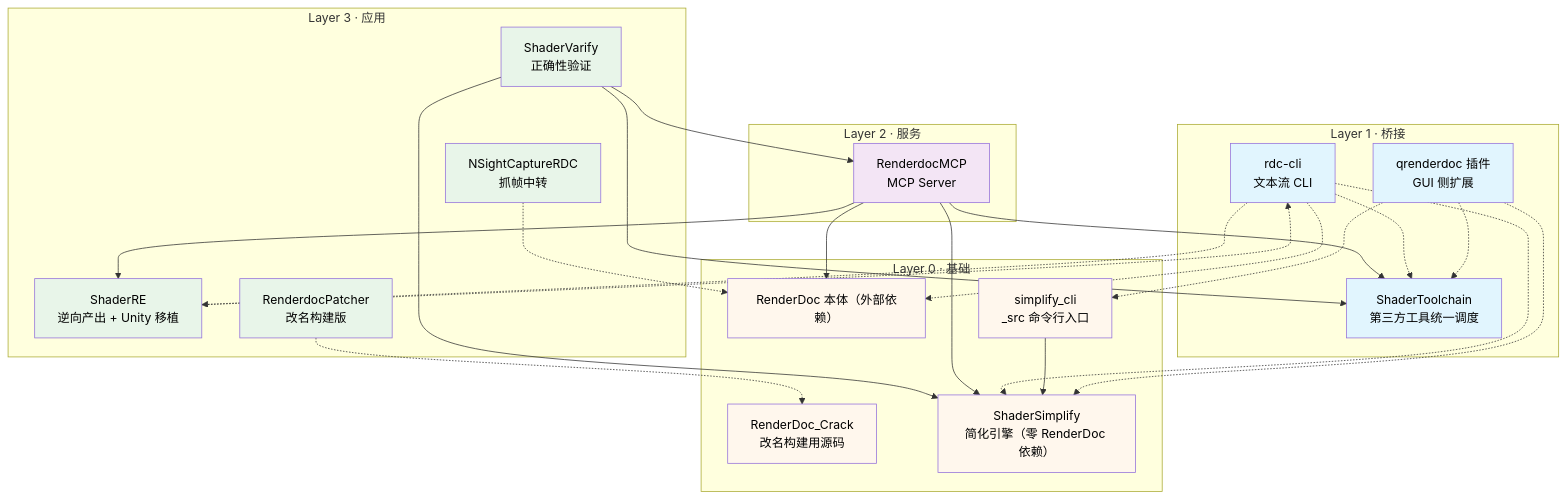
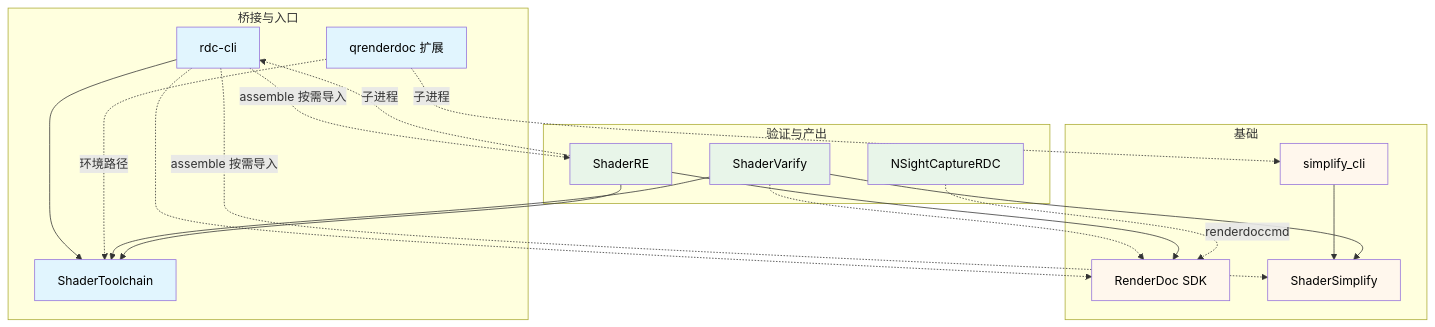
Before and after one commit to mr0ptimist/mr0ptimist.github.io: the first of 2 diagrams in content/posts/RenderDoc逆向分析工具链盘点/index.md, drawn with Mermaid. The commit also changed other lines of this file and 2 other files, not shown here.

Commit message:
docs: 按当前源码更新 RenderDoc 逆向分析工具链盘点

````diff
--- a/content/posts/RenderDoc逆向分析工具链盘点/index.md
+++ b/content/posts/RenderDoc逆向分析工具链盘点/index.md
@@ -21,46 +37,37 @@
 ```mermaid
-graph TD
+flowchart TD
     classDef foundation fill:#fff7ed,color:#000
     classDef bridge fill:#e1f5fe,color:#000
-    classDef service fill:#f3e5f5,color:#000
     classDef app fill:#e8f5e9,color:#000
 
-    subgraph F["Layer 0 · 基础"]
-      rd["RenderDoc 本体（外部依赖）"]
-      rdcrack["RenderDoc_Crack<br/>改名构建用源码"]
-      ss["ShaderSimplify<br/>简化引擎（零 RenderDoc 依赖）"]
-      s_cli["simplify_cli<br/>_src 命令行入口"]
+    subgraph F["基础"]
+      RD["RenderDoc SDK"]:::foundation
+      SS["ShaderSimplify"]:::foundation
+      SC["simplify_cli"]:::foundation
     end
-    subgraph B["Layer 1 · 桥接"]
-      ext["qrenderdoc 插件<br/>GUI 侧扩展"]
-      tc["ShaderToolchain<br/>第三方工具统一调度"]
-      cli["rdc-cli<br/>文本流 CLI"]
+    subgraph B["桥接与入口"]
+      TC["ShaderToolchain"]:::bridge
+      CLI["rdc-cli"]:::bridge
+      EXT["qrenderdoc 扩展"]:::bridge
     end
-    subgraph S["Layer 2 · 服务"]
-      mcp["RenderdocMCP<br/>MCP Server"]
+    subgraph A["验证与产出"]
+      SV["ShaderVarify"]:::app
+      RE["ShaderRE"]:::app
+      NS["NSightCaptureRDC"]:::app
     end
-    subgraph A["Layer 3 · 应用"]
-      sv["ShaderVarify<br/>正确性验证"]
-      sre["ShaderRE<br/>逆向产出 + Unity 移植"]
-      nsight["NSightCaptureRDC<br/>抓帧中转"]
-      patcher["RenderdocPatcher<br/>改名构建版"]
-    end
-    sv --> ss & tc & mcp
-    mcp --> ss & tc & rd & sre
-    sre -.-> cli
-    cli -.-> rd
-    cli -.-> tc
-    cli -.-> ss
-    cli -.-> sre
-    s_cli --> ss
-    ext -.-> s_cli
-    ext -.-> ss
-    ext -.-> tc
-    nsight -.-> rd
-    patcher -.-> rdcrack
 
-    class rd,rdcrack,ss,s_cli foundation
-    class ext,tc,cli bridge
-    class mcp service
-    class sv,sre,nsight,patcher app
+    SC --> SS
+    CLI --> TC
+    CLI -.-> RD
+    CLI -. "assemble 按需导入" .-> SS
+    CLI -. "assemble 按需导入" .-> RE
+    EXT -. "环境路径" .-> TC
+    EXT -. "子进程" .-> SC
+    SV --> SS
+    SV --> TC
+    SV -.-> RD
+    RE --> TC
+    RE --> RD
+    RE -. "子进程" .-> CLI
+    NS -. "renderdoccmd" .-> RD
 ```
````
